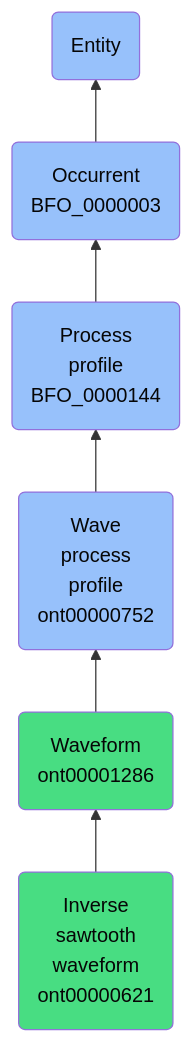
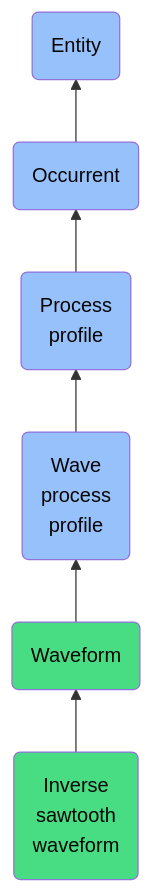
Before and after one commit to jupyter-naas/abi: the diagram in docs/ontology/reference/model/Entity/Occurrent/Process profile/Wave process profile/Waveform/Inverse sawtooth waveform/Inverse sawtooth waveform.md, drawn with Mermaid. The commit also changed other lines of this file and 1430 other files, not shown here.

````diff
--- a/docs/ontology/reference/model/Entity/Occurrent/Process profile/Wave process profile/Waveform/Inverse sawtooth waveform/Inverse sawtooth waveform.md
+++ b/docs/ontology/reference/model/Entity/Occurrent/Process profile/Wave process profile/Waveform/Inverse sawtooth waveform/Inverse sawtooth waveform.md
@@ -24,13 +24,13 @@
 ```mermaid
 graph BT
-    ont00000621(Inverse<br>sawtooth<br>waveform<br>ont00000621):::ABI-->ont00001286
-    ont00001286(Waveform<br>ont00001286):::ABI-->ont00000752
-    ont00000752(Wave<br>process<br>profile<br>ont00000752):::BFO-->BFO_0000144
-    BFO_0000144(Process<br>profile<br>BFO_0000144):::BFO-->BFO_0000003
-    BFO_0000003(Occurrent<br>BFO_0000003):::BFO-->BFO_0000001
+    ont00000621(Inverse<br>sawtooth<br>waveform):::ABI-->ont00001286
+    ont00001286(Waveform):::ABI-->ont00000752
+    ont00000752(Wave<br>process<br>profile):::BFO-->BFO_0000144
+    BFO_0000144(Process<br>profile):::BFO-->BFO_0000003
+    BFO_0000003(Occurrent):::BFO-->BFO_0000001
     BFO_0000001(Entity):::BFO
     
     classDef BFO fill:#97c1fb,color:#060606
     classDef CCO fill:#e4c51e,color:#060606
     classDef ABI fill:#48DD82,color:#060606
 ```
````
